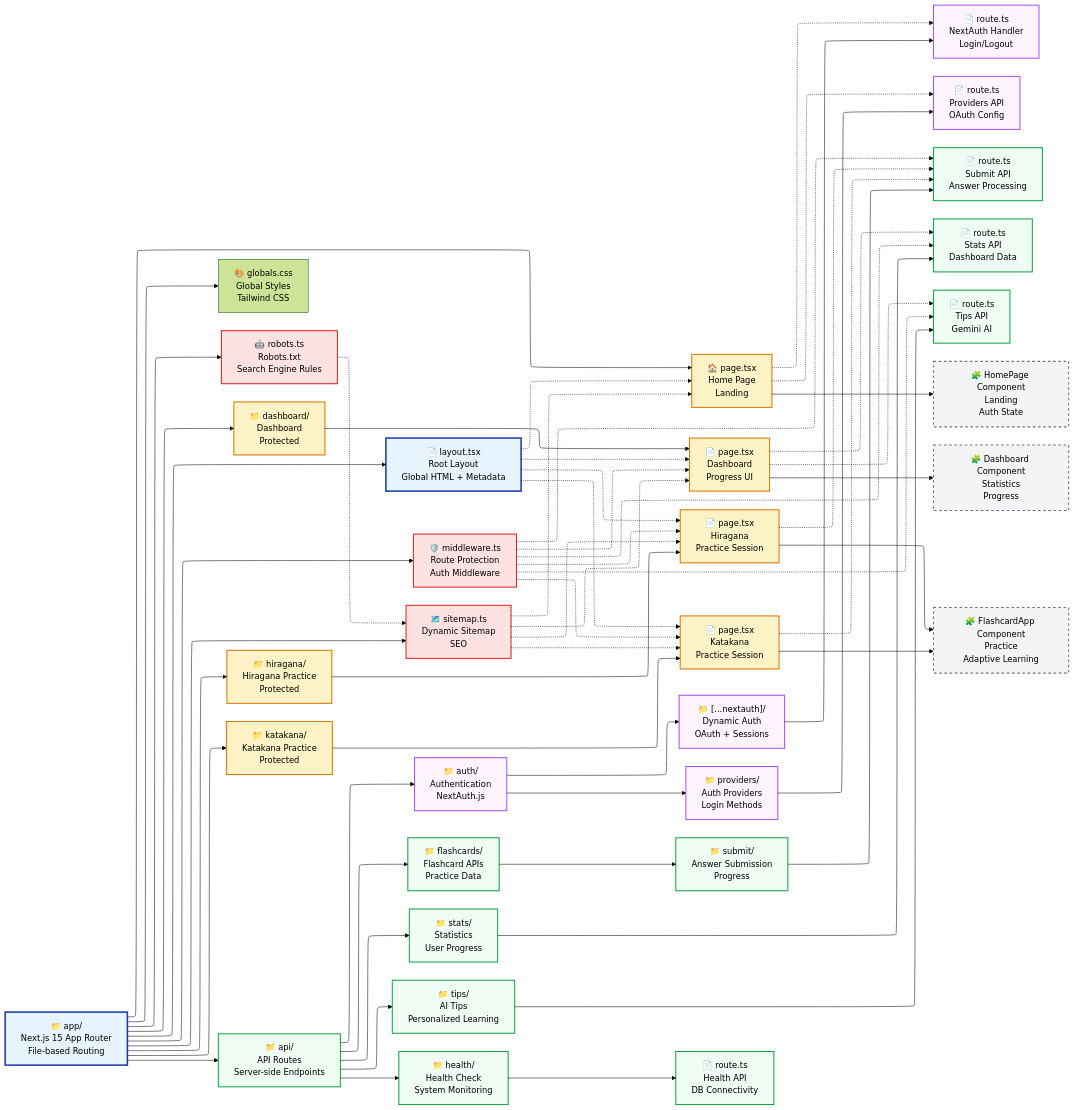
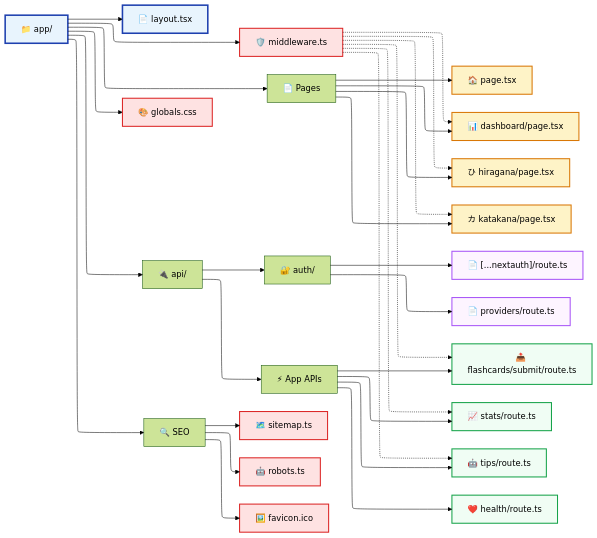
The diagram in docs/mermaid/app.mmd (sakan811/SakuMari), drawn with Mermaid before and after one commit. The commit also changed 2 other files, not shown here.

Commit message:
docs: simplify Mermaid diagrams with cleaner structure

```diff
--- a/docs/mermaid/app.mmd
+++ b/docs/mermaid/app.mmd
@@ -1,101 +1,53 @@
 ---
 config:
   theme: 'forest'
   defaultRenderer: "elk"
   layout: elk
 ---
 flowchart LR
-    %% Root App Structure
-    AppRoot["📁 app/<br/>Next.js 15 App Router<br/>File-based Routing"]
+    AppRoot["📁 app/"]
 
-    %% Root Layout and Global Files
-    AppRoot --> RootLayout["📄 layout.tsx<br/>Root Layout<br/>Global HTML + Metadata"]
-    AppRoot --> GlobalCSS["🎨 globals.css<br/>Global Styles<br/>Tailwind CSS"]
-    AppRoot --> Middleware["🛡️ middleware.ts<br/>Route Protection<br/>Auth Middleware"]
-    AppRoot --> SitemapTS["🗺️ sitemap.ts<br/>Dynamic Sitemap<br/>SEO"]
-    AppRoot --> RobotsTS["🤖 robots.ts<br/>Robots.txt<br/>Search Engine Rules"]
+    AppRoot --> RootLayout["📄 layout.tsx"]
+    AppRoot --> Middleware["🛡️ middleware.ts"]
+    AppRoot --> GlobalCSS["🎨 globals.css"]
 
-    %% Page Routes
-    AppRoot --> HomePage["🏠 page.tsx<br/>Home Page<br/>Landing"]
-    AppRoot --> DashboardDir["📁 dashboard/<br/>Dashboard<br/>Protected"]
-    AppRoot --> HiraganaDir["📁 hiragana/<br/>Hiragana Practice<br/>Protected"]
-    AppRoot --> KatakanaDir["📁 katakana/<br/>Katakana Practice<br/>Protected"]
+    AppRoot --> Pages["📄 Pages"]
+    Pages --> HomePage["🏠 page.tsx"]
+    Pages --> Dashboard["📊 dashboard/page.tsx"]
+    Pages --> Hiragana["ひ hiragana/page.tsx"]
+    Pages --> Katakana["カ katakana/page.tsx"]
 
-    %% Page Route Files
-    DashboardDir --> DashboardPage["📄 page.tsx<br/>Dashboard<br/>Progress UI"]
-    HiraganaDir --> HiraganaPage["📄 page.tsx<br/>Hiragana<br/>Practice Session"]
-    KatakanaDir --> KatakanaPage["📄 page.tsx<br/>Katakana<br/>Practice Session"]
+    AppRoot --> API["🔌 api/"]
+    API --> AuthAPI["🔐 auth/"]
+    AuthAPI --> NextAuth["📄 [...nextauth]/route.ts"]
+    AuthAPI --> Providers["📄 providers/route.ts"]
 
-    %% API Routes Structure
-    AppRoot --> APIRoot["📁 api/<br/>API Routes<br/>Server-side Endpoints"]
+    API --> AppAPI["⚡ App APIs"]
+    AppAPI --> SubmitAPI["📤 flashcards/submit/route.ts"]
+    AppAPI --> StatsAPI["📈 stats/route.ts"]
+    AppAPI --> TipsAPI["🤖 tips/route.ts"]
+    AppAPI --> HealthAPI["❤️ health/route.ts"]
 
-    %% Authentication API Routes
-    APIRoot --> AuthDir["📁 auth/<br/>Authentication<br/>NextAuth.js"]
-    AuthDir --> NextAuthRoute["📁 [...nextauth]/<br/>Dynamic Auth<br/>OAuth + Sessions"]
-    NextAuthRoute --> NextAuthFile["📄 route.ts<br/>NextAuth Handler<br/>Login/Logout"]
-    AuthDir --> ProvidersRoute["📁 providers/<br/>Auth Providers<br/>Login Methods"]
-    ProvidersRoute --> ProvidersFile["📄 route.ts<br/>Providers API<br/>OAuth Config"]
+    AppRoot --> SEO["🔍 SEO"]
+    SEO --> Sitemap["🗺️ sitemap.ts"]
+    SEO --> Robots["🤖 robots.ts"]
+    SEO --> Favicon["🖼️ favicon.ico"]
 
-    %% Application API Routes
-    APIRoot --> FlashcardsDir["📁 flashcards/<br/>Flashcard APIs<br/>Practice Data"]
-    FlashcardsDir --> SubmitDir["📁 submit/<br/>Answer Submission<br/>Progress"]
-    SubmitDir --> SubmitFile["📄 route.ts<br/>Submit API<br/>Answer Processing"]
+    Middleware -.-> Dashboard
+    Middleware -.-> Hiragana
+    Middleware -.-> Katakana
+    Middleware -.-> SubmitAPI
+    Middleware -.-> StatsAPI
+    Middleware -.-> TipsAPI
 
-    APIRoot --> StatsDir["📁 stats/<br/>Statistics<br/>User Progress"]
-    StatsDir --> StatsFile["📄 route.ts<br/>Stats API<br/>Dashboard Data"]
-
-    APIRoot --> TipsDir["📁 tips/<br/>AI Tips<br/>Personalized Learning"]
-    TipsDir --> TipsFile["📄 route.ts<br/>Tips API<br/>Gemini AI"]
-
-    APIRoot --> HealthDir["📁 health/<br/>Health Check<br/>System Monitoring"]
-    HealthDir --> HealthFile["📄 route.ts<br/>Health API<br/>DB Connectivity"]
-
-    %% Middleware Protection Flow
-    Middleware -.-> DashboardPage
-    Middleware -.-> HiraganaPage
-    Middleware -.-> KatakanaPage
-    Middleware -.-> SubmitFile
-    Middleware -.-> StatsFile
-    Middleware -.-> TipsFile
-
-    %% Layout Inheritance Flow
-    RootLayout -.-> HomePage
-    RootLayout -.-> DashboardPage
-    RootLayout -.-> HiraganaPage
-    RootLayout -.-> KatakanaPage
-
-    %% API Route Usage by Pages
-    HomePage -.-> NextAuthFile
-    HomePage -.-> ProvidersFile
-    DashboardPage -.-> StatsFile
-    DashboardPage -.-> TipsFile
-    HiraganaPage -.-> SubmitFile
-    KatakanaPage -.-> SubmitFile
-
-    %% Metadata and SEO Integration
-    SitemapTS -.-> HomePage
-    SitemapTS -.-> DashboardPage
-    SitemapTS -.-> HiraganaPage
-    SitemapTS -.-> KatakanaPage
-    RobotsTS -.-> SitemapTS
-
-    %% Component Integration
-    HomePage --> HomePageComponent["🧩 HomePage Component<br/>Landing<br/>Auth State"]
-    DashboardPage --> DashboardComponent["🧩 Dashboard Component<br/>Statistics<br/>Progress"]
-    HiraganaPage --> FlashcardAppComponent["🧩 FlashcardApp Component<br/>Practice<br/>Adaptive Learning"]
-    KatakanaPage --> FlashcardAppComponent
-
-    %% Styling
     classDef rootStructure fill:#e8f4fd,stroke:#1e40af,stroke-width:3px
     classDef pageRoute fill:#fef3c7,stroke:#d97706,stroke-width:2px
     classDef apiRoute fill:#f0fdf4,stroke:#16a34a,stroke-width:2px
     classDef authRoute fill:#fdf4ff,stroke:#a855f7,stroke-width:2px
     classDef globalFile fill:#fee2e2,stroke:#dc2626,stroke-width:2px
-    classDef component fill:#f3f4f6,stroke:#6b7280,stroke-width:2px,stroke-dasharray: 5 5
 
     class AppRoot,RootLayout rootStructure
-    class HomePage,DashboardDir,DashboardPage,HiraganaDir,HiraganaPage,KatakanaDir,KatakanaPage pageRoute
-    class APIRoot,FlashcardsDir,SubmitDir,SubmitFile,StatsDir,StatsFile,TipsDir,TipsFile,HealthDir,HealthFile apiRoute
-    class AuthDir,NextAuthRoute,NextAuthFile,ProvidersRoute,ProvidersFile authRoute
-    class SitemapTS,RobotsTS,Middleware globalFile
-    class HomePageComponent,DashboardComponent,FlashcardAppComponent component
+    class HomePage,Dashboard,Hiragana,Katakana pageRoute
+    class SubmitAPI,StatsAPI,TipsAPI,HealthAPI apiRoute
+    class NextAuth,Providers authRoute
+    class Middleware,GlobalCSS,Sitemap,Robots,Favicon globalFile
```
